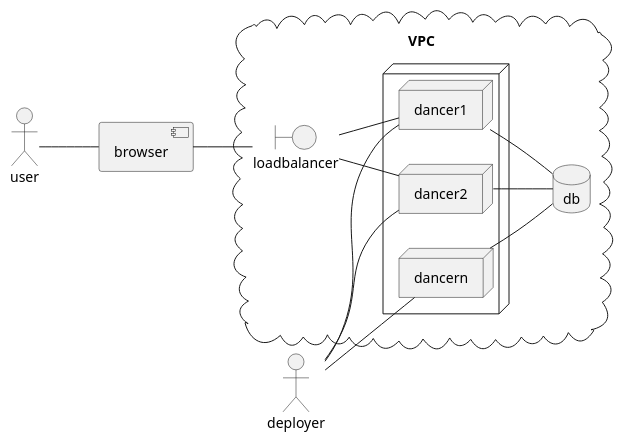
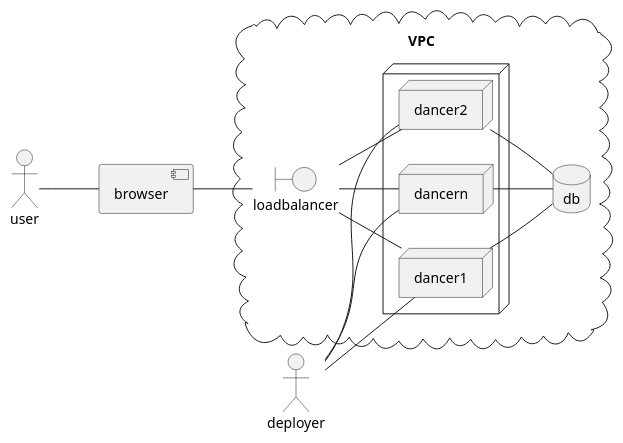
One commit to dancier/documentation changed the diagram in src/main/jbake/content/documentation/index.adoc. Above: the diagram before and after it, drawn with PlantUML. The commit also changed other lines of this file and 1 other file, not shown here.

Commit message:
fixed missing edge in cloud diagramm

```diff
--- a/src/main/jbake/content/documentation/index.adoc
+++ b/src/main/jbake/content/documentation/index.adoc
@@ -25,30 +25,31 @@
 [plantuml]
 ....
 @startuml
 left to right direction
 actor user
 actor deployer
 component browser
 cloud VPC {
    database db
    boundary loadbalancer
    node {
      node dancer1
      node dancer2
      node dancern
    }
 }
 user -- browser
 browser -- loadbalancer
 loadbalancer -- dancer1
 loadbalancer -- dancer2
+loadbalancer -- dancern
 dancer1 -- db
 dancer2 -- db
 dancern -- db
 
 deployer -- dancer1
 deployer -- dancer2
 deployer -- dancern
 
 @enduml
 ....
```
